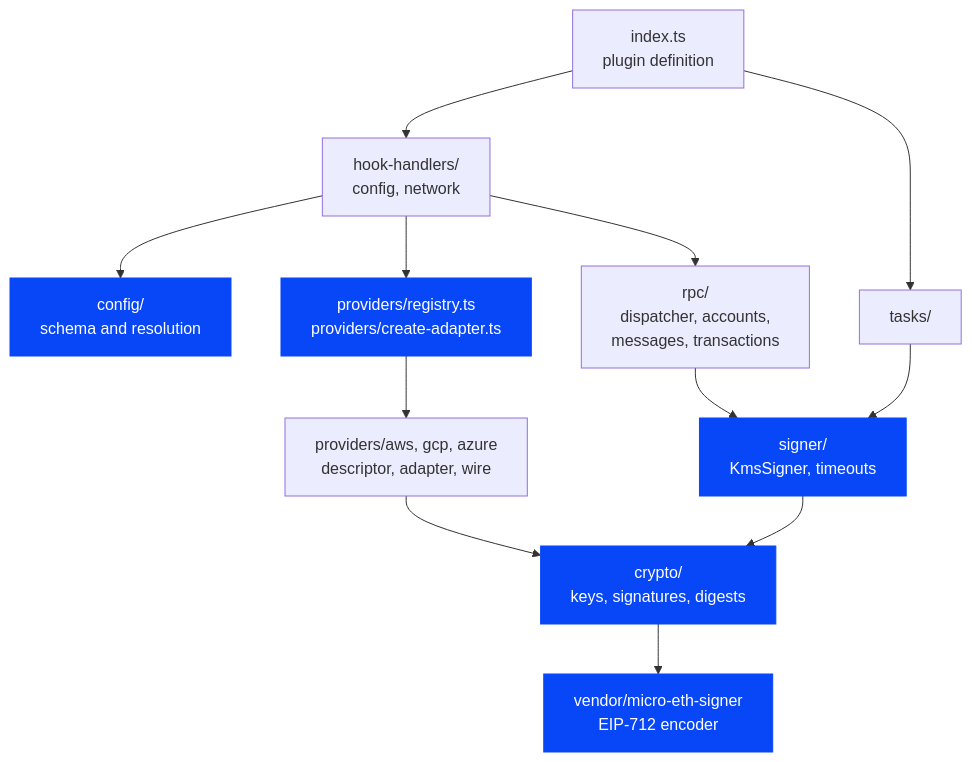
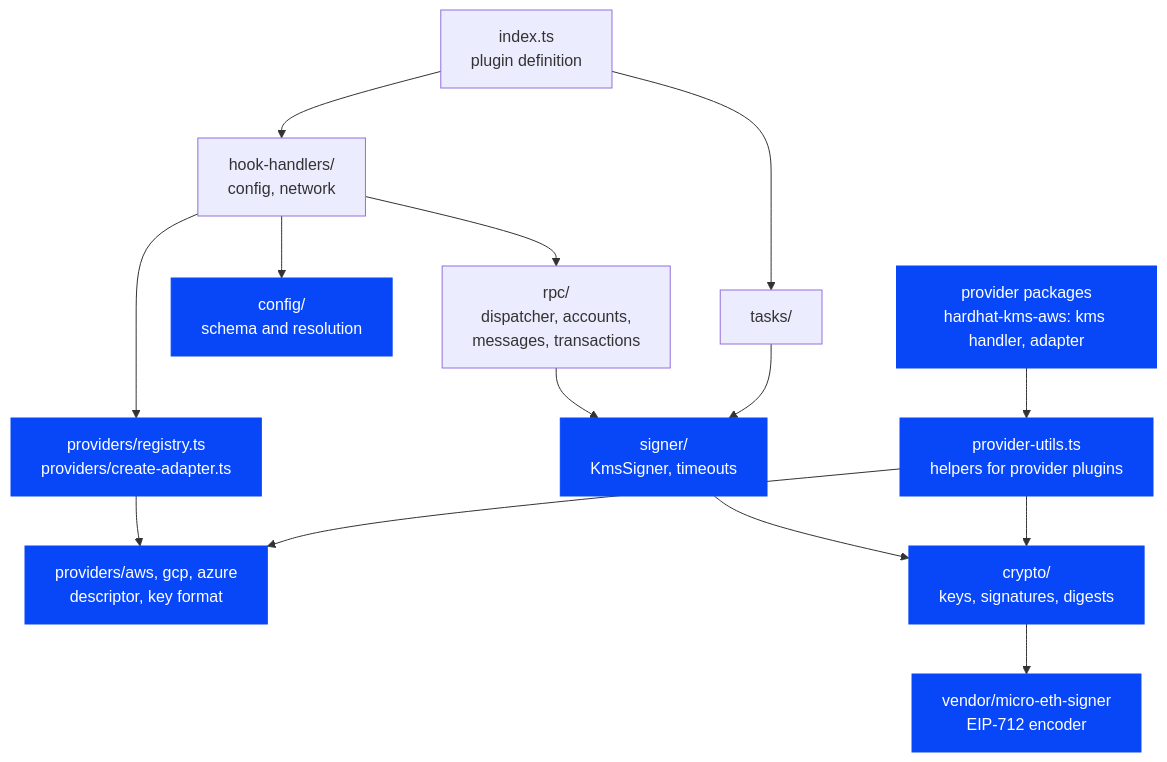
The first of 3 diagrams in docs/contributor/architecture.md (aelmanaa/hardhat-kms), drawn with Mermaid before and after one commit. The commit also changed other lines of this file and 62 other files, not shown here.

First line of the commit message:
feat: ship the AWS provider as the hardhat-kms-aws package (#96)

````diff
--- a/docs/contributor/architecture.md
+++ b/docs/contributor/architecture.md
@@ -11,16 +11,18 @@
 ```mermaid
 flowchart TD
   index["index.ts<br/>plugin definition"] --> hooks["hook-handlers/<br/>config, network"]
   index --> tasks["tasks/"]
   hooks --> config["config/<br/>schema and resolution"]
   hooks --> registry["providers/registry.ts<br/>providers/create-adapter.ts"]
   hooks --> rpc["rpc/<br/>dispatcher, accounts,<br/>messages, transactions"]
   rpc --> signer["signer/<br/>KmsSigner, timeouts"]
   tasks --> signer
-  registry --> adapters["providers/aws, gcp, azure<br/>descriptor, adapter, wire"]
+  registry --> descriptors["providers/aws, gcp, azure<br/>descriptor, key format"]
   signer --> crypto["crypto/<br/>keys, signatures, digests"]
-  adapters --> crypto
+  packages["provider packages<br/>hardhat-kms-aws: kms handler, adapter"] --> utils["provider-utils.ts<br/>helpers for provider plugins"]
+  utils --> crypto
+  utils --> descriptors
   crypto --> vendor["vendor/micro-eth-signer<br/>EIP-712 encoder"]
   classDef done fill:#0847F7,color:#fff,stroke:#0847F7
-  class crypto,signer,vendor,config,registry done
+  class crypto,signer,vendor,config,registry,descriptors,packages,utils done
 ```
````
